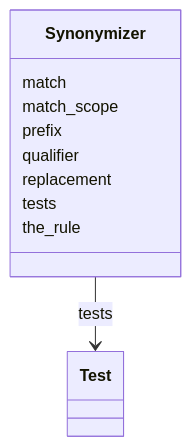
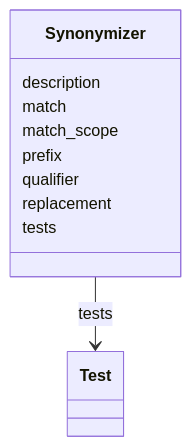
Before and after one commit to INCATools/ontology-access-kit: the diagram in mapping-rules/Synonymizer.md, drawn with Mermaid. The commit also changed other lines of this file and 39 other files, not shown here.

````diff
--- a/mapping-rules/Synonymizer.md
+++ b/mapping-rules/Synonymizer.md
@@ -10,21 +10,21 @@
 ```{mermaid}
  classDiagram
     class Synonymizer
+      Synonymizer : description
+        
       Synonymizer : match
         
       Synonymizer : match_scope
         
       Synonymizer : prefix
         
       Synonymizer : qualifier
         
       Synonymizer : replacement
         
       Synonymizer : tests
         
           Synonymizer --> Test : tests
         
-      Synonymizer : the_rule
-        
       
 ```
````
